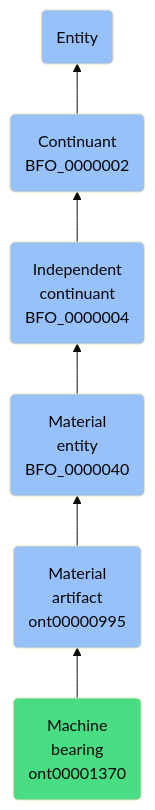
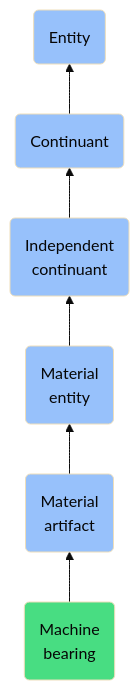
One commit to jupyter-naas/abi changed the diagram in docs/ontology/reference/model/Entity/Continuant/Independent continuant/Material entity/Material artifact/Machine bearing/Machine bearing.md. Above: the diagram before and after it, drawn with Mermaid (base theme). The commit also changed other lines of this file and 1430 other files, not shown here.

````diff
--- a/docs/ontology/reference/model/Entity/Continuant/Independent continuant/Material entity/Material artifact/Machine bearing/Machine bearing.md
+++ b/docs/ontology/reference/model/Entity/Continuant/Independent continuant/Material entity/Material artifact/Machine bearing/Machine bearing.md
@@ -24,13 +24,13 @@
 ```mermaid
 graph BT
-    ont00001370(Machine<br>bearing<br>ont00001370):::ABI-->ont00000995
-    ont00000995(Material<br>artifact<br>ont00000995):::BFO-->BFO_0000040
-    BFO_0000040(Material<br>entity<br>BFO_0000040):::BFO-->BFO_0000004
-    BFO_0000004(Independent<br>continuant<br>BFO_0000004):::BFO-->BFO_0000002
-    BFO_0000002(Continuant<br>BFO_0000002):::BFO-->BFO_0000001
+    ont00001370(Machine<br>bearing):::ABI-->ont00000995
+    ont00000995(Material<br>artifact):::BFO-->BFO_0000040
+    BFO_0000040(Material<br>entity):::BFO-->BFO_0000004
+    BFO_0000004(Independent<br>continuant):::BFO-->BFO_0000002
+    BFO_0000002(Continuant):::BFO-->BFO_0000001
     BFO_0000001(Entity):::BFO
     
     classDef BFO fill:#97c1fb,color:#060606
     classDef CCO fill:#e4c51e,color:#060606
     classDef ABI fill:#48DD82,color:#060606
 ```
````
